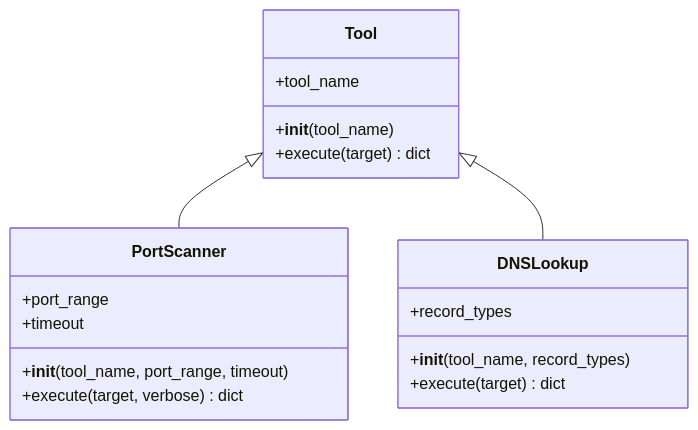
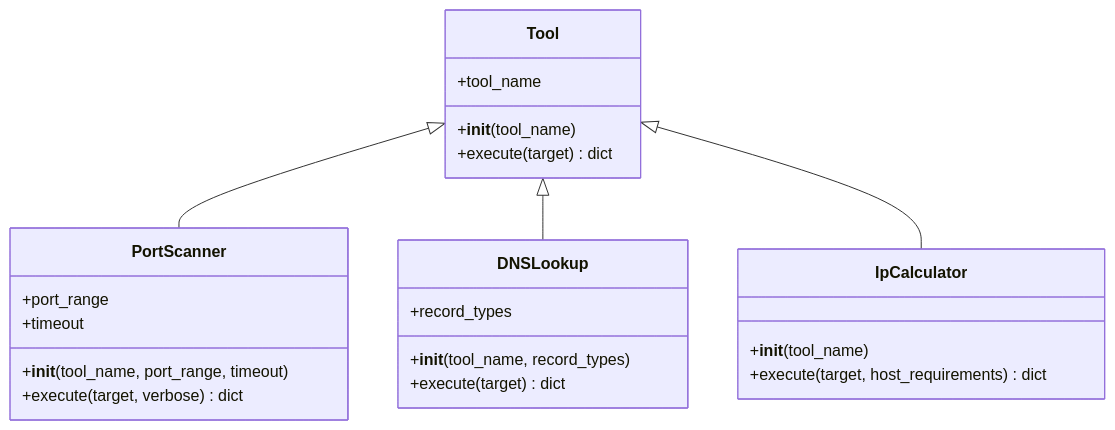
One commit to tommasomolino/Project-Work-Molino-Regaldo changed the diagram in docs/manuale-tecnico.md. Above: the diagram before and after it, drawn with Mermaid. The commit also changed other lines of this file and 8 other files, not shown here.

````diff
--- a/docs/manuale-tecnico.md
+++ b/docs/manuale-tecnico.md
@@ -171,24 +208,30 @@
 ```mermaid
 classDiagram
     class Tool {
         +tool_name
         +__init__(tool_name)
         +execute(target) dict
     }
 
     class PortScanner {
         +port_range
         +timeout
         +__init__(tool_name, port_range, timeout)
         +execute(target, verbose) dict
     }
 
     class DNSLookup {
         +record_types
         +__init__(tool_name, record_types)
         +execute(target) dict
     }
 
+    class IpCalculator {
+        +__init__(tool_name)
+        +execute(target, host_requirements) dict
+    }
+
     Tool <|-- PortScanner
     Tool <|-- DNSLookup
+    Tool <|-- IpCalculator
 ```
````
